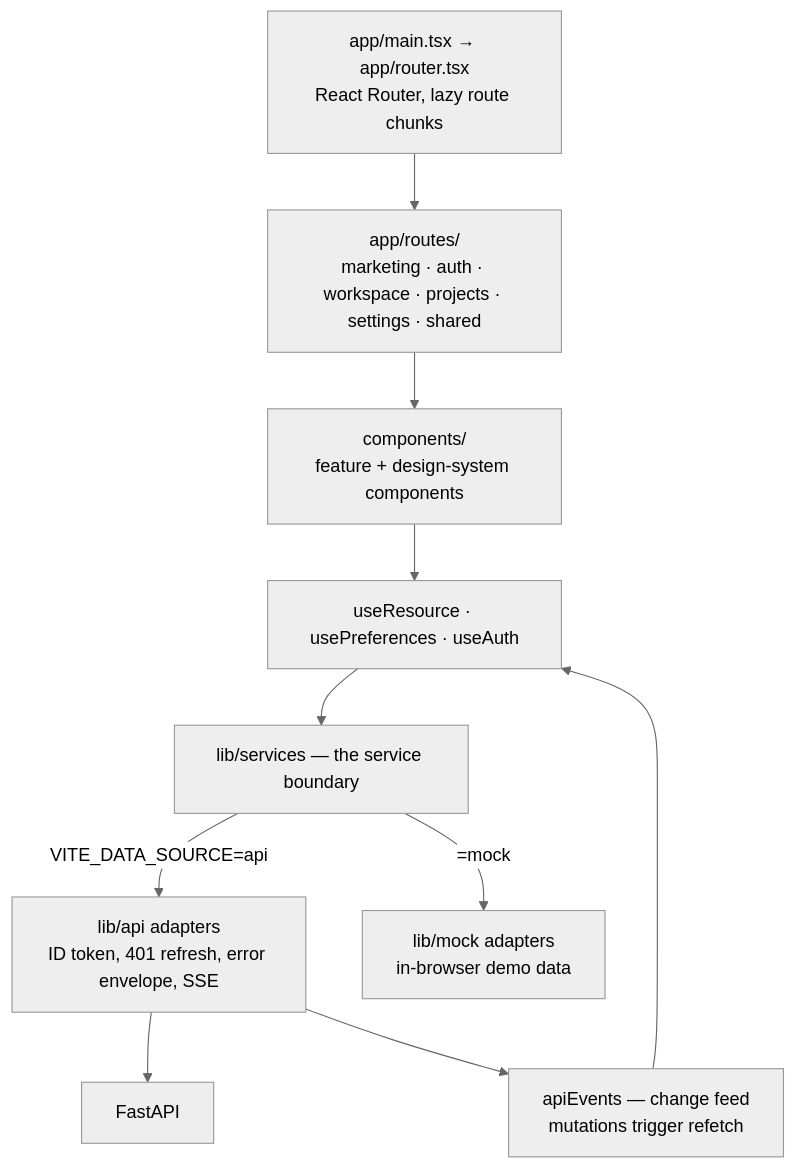
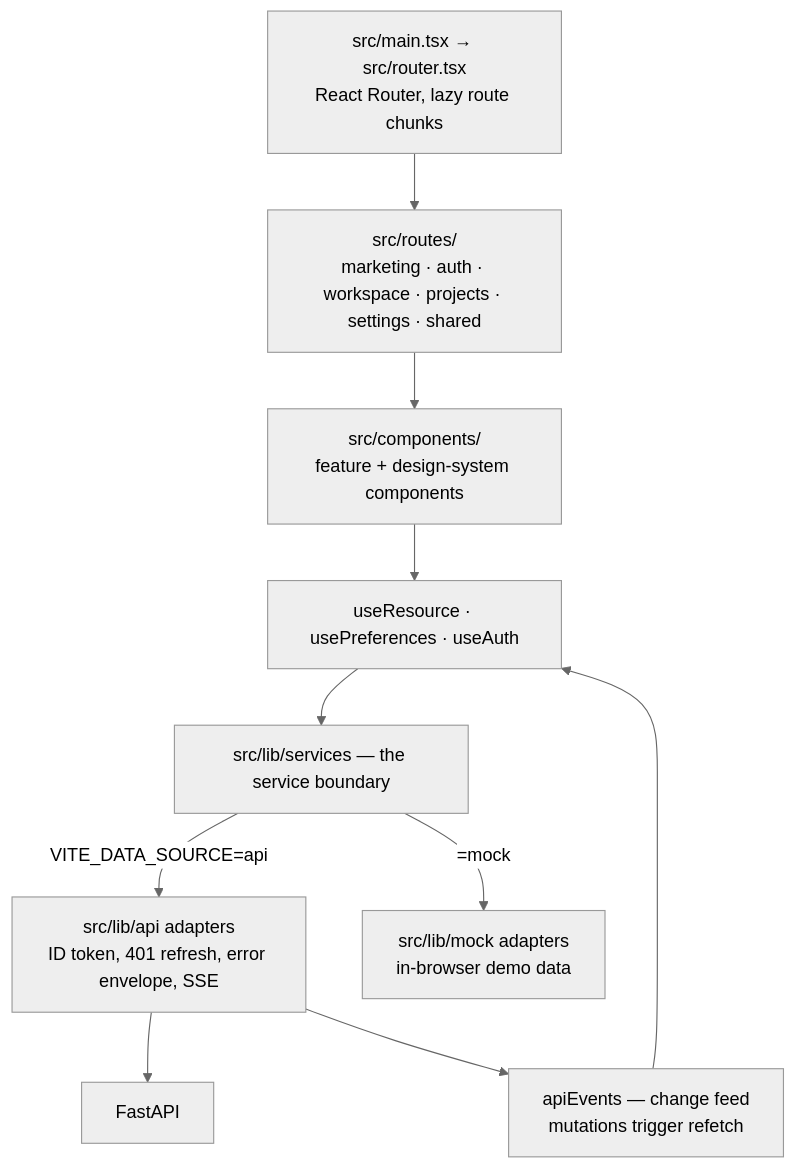
Before and after one commit to Nakshatra480/Pramaan-AI: the tenth of 11 diagrams in README.md, drawn with Mermaid (neutral theme). The commit also changed other lines of this file and 6 other files, not shown here.

````diff
--- a/README.md
+++ b/README.md
@@ -379,12 +388,12 @@
 ```mermaid
 flowchart TD
-    MAIN["app/main.tsx → app/router.tsx<br/>React Router, lazy route chunks"] --> PAGES
-    PAGES["app/routes/<br/>marketing · auth · workspace · projects · settings · shared"] --> COMP["components/<br/>feature + design-system components"]
+    MAIN["src/main.tsx → src/router.tsx<br/>React Router, lazy route chunks"] --> PAGES
+    PAGES["src/routes/<br/>marketing · auth · workspace · projects · settings · shared"] --> COMP["src/components/<br/>feature + design-system components"]
     COMP --> HOOKS["useResource · usePreferences · useAuth"]
-    HOOKS --> SVC["lib/services — the service boundary"]
-    SVC -->|VITE_DATA_SOURCE=api| APIAD["lib/api adapters<br/>ID token, 401 refresh, error envelope, SSE"]
-    SVC -->|=mock| MOCK["lib/mock adapters<br/>in-browser demo data"]
+    HOOKS --> SVC["src/lib/services — the service boundary"]
+    SVC -->|VITE_DATA_SOURCE=api| APIAD["src/lib/api adapters<br/>ID token, 401 refresh, error envelope, SSE"]
+    SVC -->|=mock| MOCK["src/lib/mock adapters<br/>in-browser demo data"]
     APIAD --> BACKEND["FastAPI"]
     APIAD --> EVENTS["apiEvents — change feed<br/>mutations trigger refetch"]
     EVENTS --> HOOKS
 ```
````
